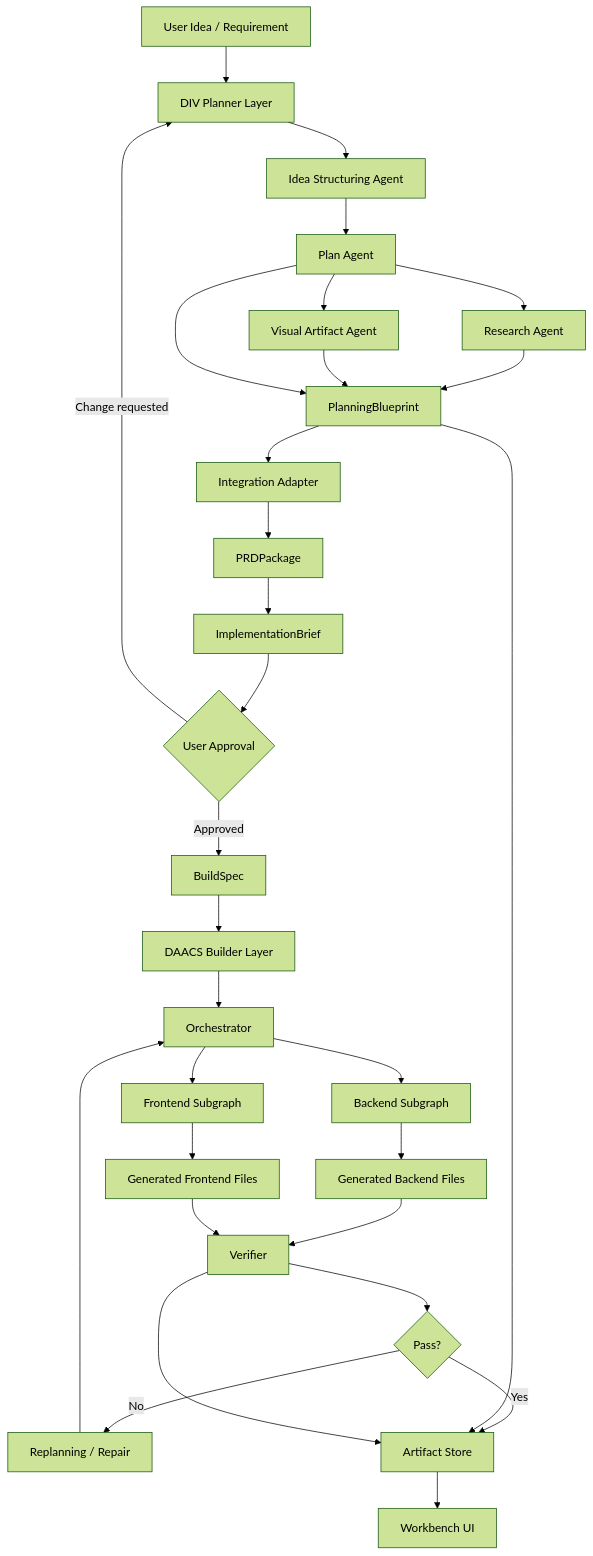
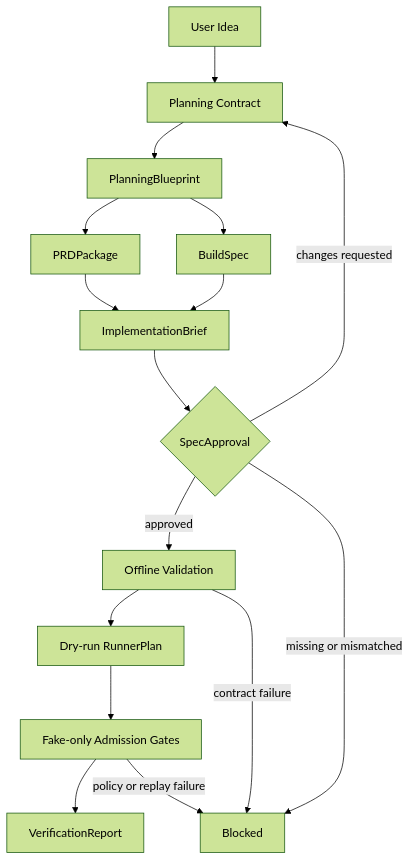
The diagram in README.md (figure-2/Agentic-Workbench), drawn with Mermaid (forest theme) before and after one commit. The commit also changed other lines of this file and 1 other file, not shown here.

````diff
--- a/README.md
+++ b/README.md
@@ -22,32 +31,18 @@
 ```mermaid
 flowchart TD
-    A["User Idea / Requirement"] --> B["DIV Planner Layer"]
-    B --> B1["Idea Structuring Agent"]
-    B1 --> B2["Plan Agent"]
-    B2 --> B3["Research Agent"]
-    B2 --> B4["Visual Artifact Agent"]
-    B3 --> C["PlanningBlueprint"]
-    B4 --> C
-    B2 --> C
-    C --> D["Integration Adapter"]
-    D --> D1["PRDPackage"]
-    D1 --> D2["ImplementationBrief"]
-    D2 --> D3{"User Approval"}
-    D3 -- "Change requested" --> B
-    D3 -- "Approved" --> E["BuildSpec"]
-    E --> F["DAACS Builder Layer"]
-    F --> F1["Orchestrator"]
-    F1 --> F2["Backend Subgraph"]
-    F1 --> F3["Frontend Subgraph"]
-    F2 --> G["Generated Backend Files"]
-    F3 --> H["Generated Frontend Files"]
-    G --> I["Verifier"]
-    H --> I
-    I --> J{"Pass?"}
-    J -- "No" --> K["Replanning / Repair"]
-    K --> F1
-    J -- "Yes" --> L["Artifact Store"]
-    C --> L
-    I --> L
-    L --> M["Workbench UI"]
+    A["User Idea"] --> B["Planning Contract"]
+    B --> C["PlanningBlueprint"]
+    C --> D["PRDPackage"]
+    C --> E["BuildSpec"]
+    D --> F["ImplementationBrief"]
+    E --> F
+    F --> G{"SpecApproval"}
+    G -- "changes requested" --> B
+    G -- "approved" --> H["Offline Validation"]
+    H --> I["Dry-run RunnerPlan"]
+    I --> J["Fake-only Admission Gates"]
+    J --> K["VerificationReport"]
+    G -- "missing or mismatched" --> L["Blocked"]
+    H -- "contract failure" --> L
+    J -- "policy or replay failure" --> L
 ```
````
